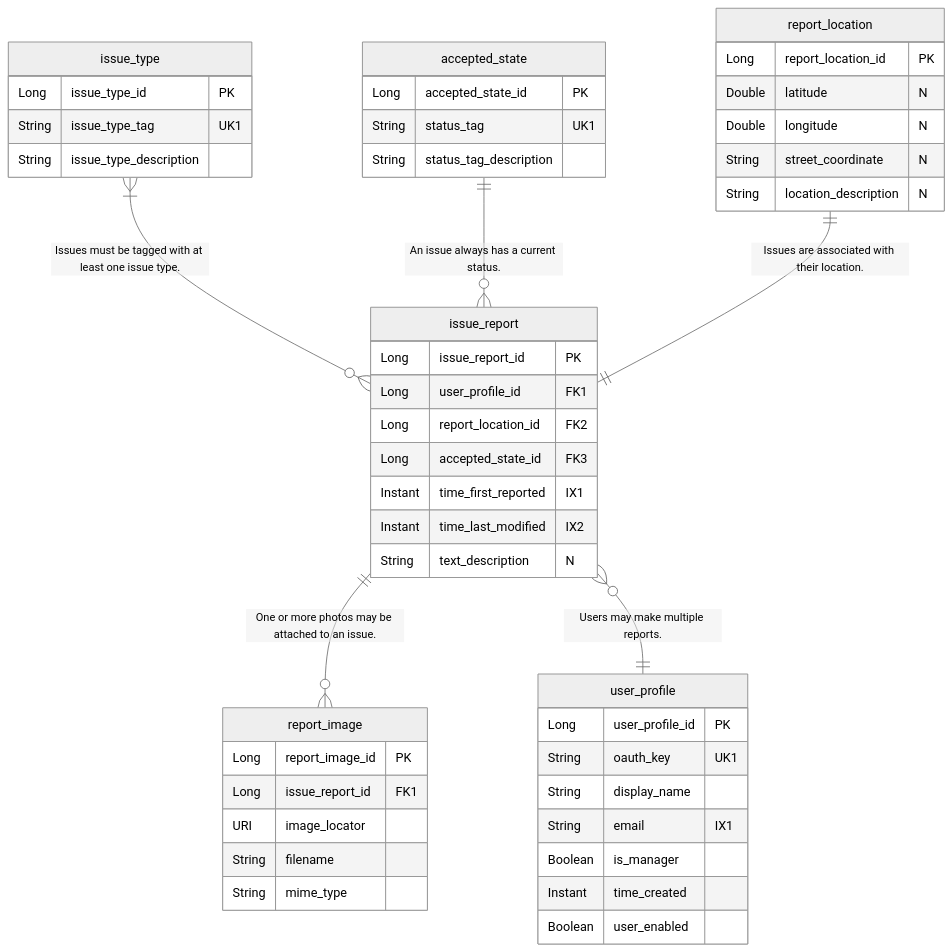
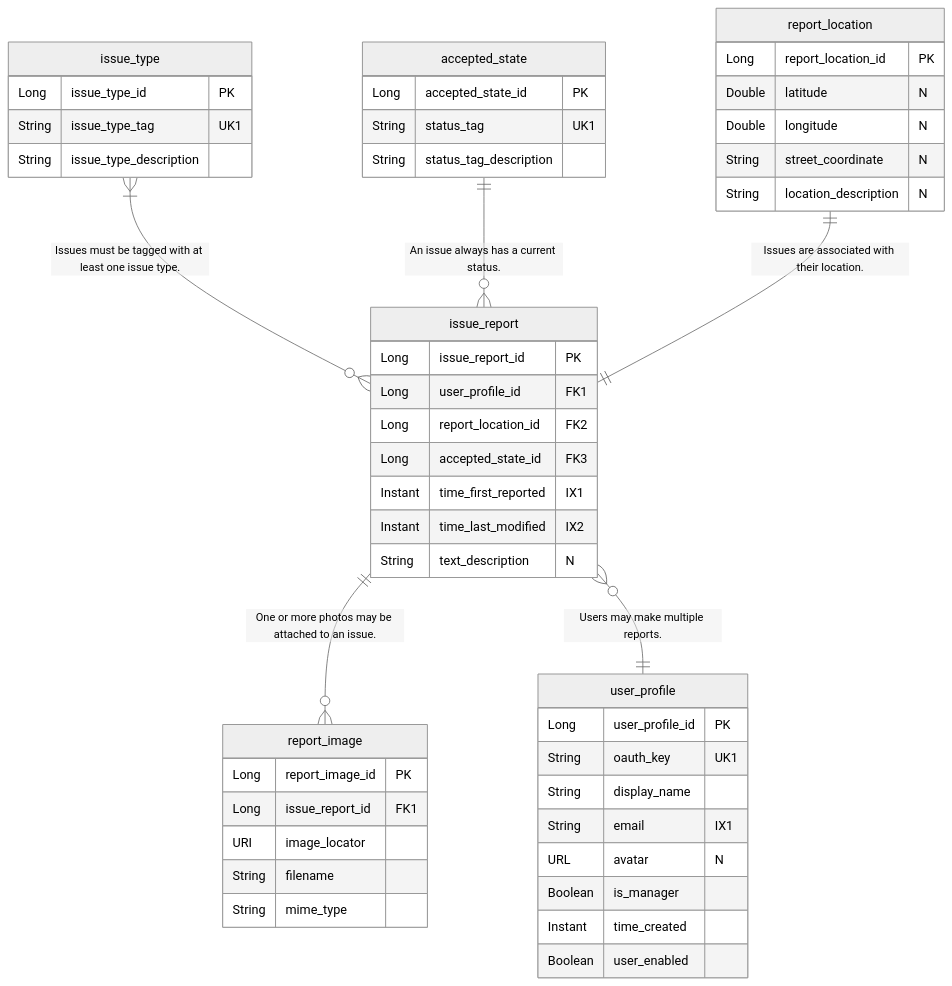
One commit to dd-java-22/capstone changed the diagram in docs/mermaid/ERD.mermaid. Above: the diagram before and after it, drawn with Mermaid (neutral theme). The commit also changed 14 other files, not shown here.

```diff
--- a/docs/mermaid/ERD.mermaid
+++ b/docs/mermaid/ERD.mermaid
@@ -1,50 +1,51 @@
 erDiagram
     issue_type }|--o{ issue_report : "Issues must be tagged with at least one issue type."
     accepted_state ||--o{ issue_report : "An issue always has a current status."
     issue_report ||--o{ report_image : "One or more photos may be attached to an issue."
     issue_report }o--|| user_profile : "Users may make multiple reports."
     report_location ||--|| issue_report : "Issues are associated with their location."
 
 
     issue_type {
         Long issue_type_id "PK"
         String issue_type_tag "UK1"
         String issue_type_description
     }
     accepted_state {
         Long accepted_state_id "PK"
         String status_tag "UK1"
         String status_tag_description
     }
     report_location {
         Long report_location_id "PK"
         Double latitude "N"
         Double longitude "N"
         String street_coordinate "N"
         String location_description "N"
     }
     report_image {
         Long report_image_id "PK"
         Long issue_report_id "FK1"
         URI image_locator
         String filename
         String mime_type
     }
     user_profile {
         Long user_profile_id "PK"
         String oauth_key "UK1"
         String display_name
         String email "IX1"
+        URL avatar "N"
         Boolean is_manager
         Instant time_created
         Boolean user_enabled
     }
     issue_report {
         Long issue_report_id "PK"
         Long user_profile_id "FK1"
         Long report_location_id "FK2"
         Long accepted_state_id "FK3"
         Instant time_first_reported "IX1"
         Instant time_last_modified "IX2"
         String text_description "N"
     }
```
